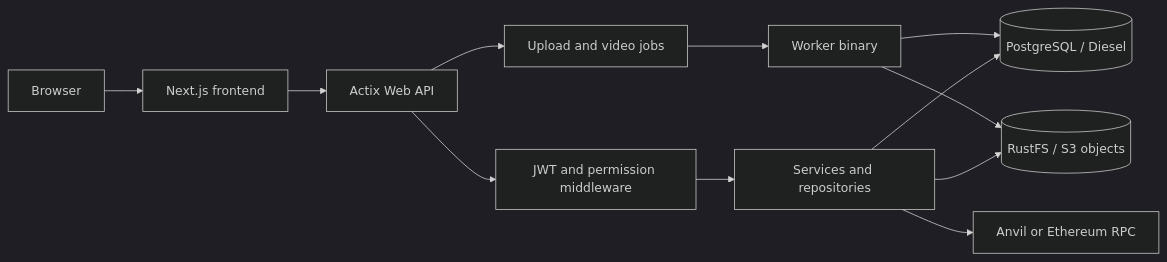
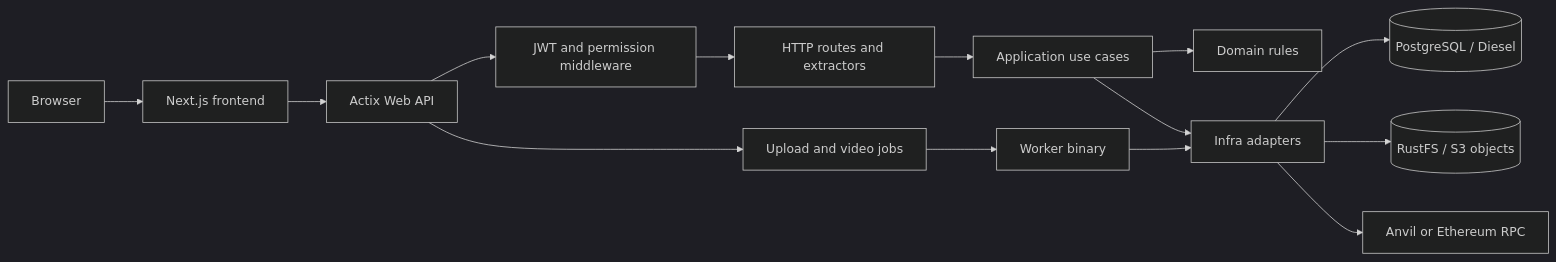
Before and after one commit to petreleon/rust-learn: the diagram in README.md, drawn with Mermaid (dark theme). The commit also changed other lines of this file and 27 other files, not shown here.

````diff
--- a/README.md
+++ b/README.md
@@ -55,14 +53,16 @@
 ```mermaid
 flowchart LR
     Browser[Browser] --> Web[Next.js frontend]
     Web --> API[Actix Web API]
     API --> Auth[JWT and permission middleware]
-    Auth --> Services[Services and repositories]
-    Services --> Postgres[(PostgreSQL / Diesel)]
-    Services --> RustFS[(RustFS / S3 objects)]
-    Services --> Ethereum[Anvil or Ethereum RPC]
+    Auth --> HTTP[HTTP routes and extractors]
+    HTTP --> Application[Application use cases]
+    Application --> Domain[Domain rules]
+    Application --> Infra[Infra adapters]
+    Infra --> Postgres[(PostgreSQL / Diesel)]
+    Infra --> RustFS[(RustFS / S3 objects)]
+    Infra --> Ethereum[Anvil or Ethereum RPC]
     API --> Jobs[Upload and video jobs]
     Jobs --> Worker[Worker binary]
-    Worker --> RustFS
-    Worker --> Postgres
+    Worker --> Infra
 ```
````
